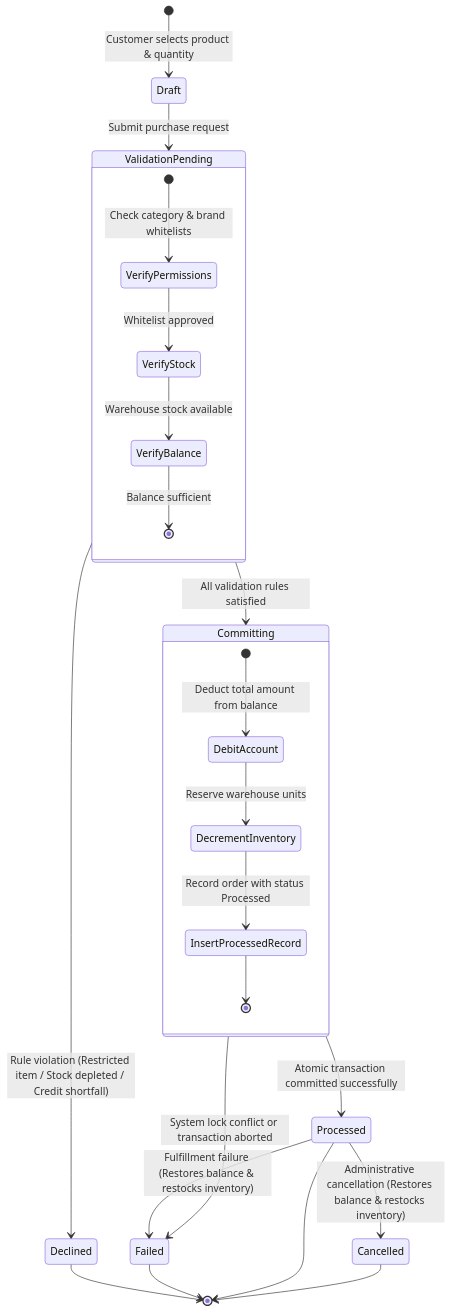
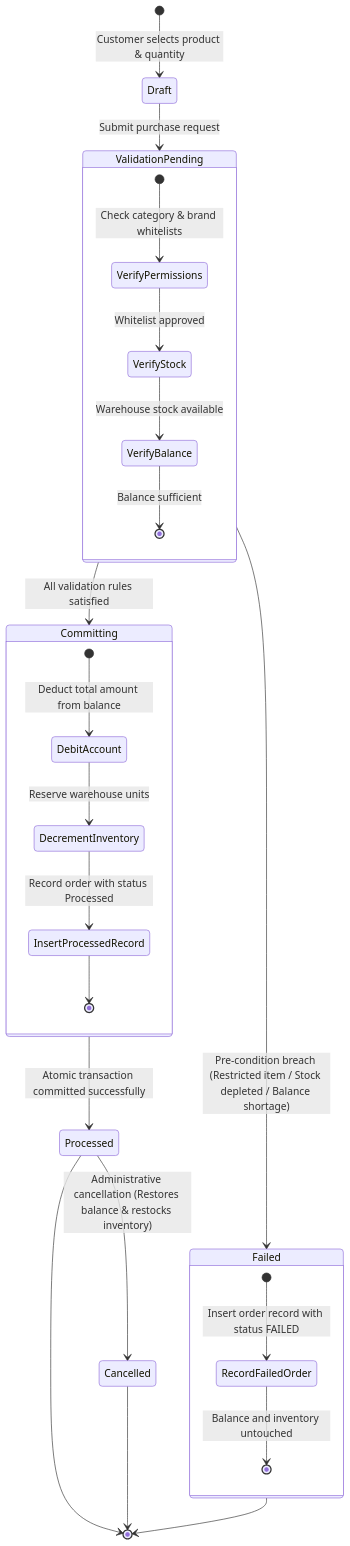
Before and after one commit to altregubov/warehouse-rest-test-app: the fourth of 4 diagrams in specs/CLIENT_SPEC.md, drawn with Mermaid. The commit also changed other lines of this file and 9 other files, not shown here.

First line of the commit message:
refactor: persist FAILED orders on pre-condition failure and restrict admin status to CANCELLED

````diff
--- a/specs/CLIENT_SPEC.md
+++ b/specs/CLIENT_SPEC.md
@@ -215,35 +215,37 @@
 ```mermaid
 stateDiagram-v2
     [*] --> Draft : Customer selects product & quantity
     
     Draft --> ValidationPending : Submit purchase request
 
     state ValidationPending {
         [*] --> VerifyPermissions : Check category & brand whitelists
         VerifyPermissions --> VerifyStock : Whitelist approved
         VerifyStock --> VerifyBalance : Warehouse stock available
         VerifyBalance --> [*] : Balance sufficient
     }
 
-    ValidationPending --> Declined : Rule violation (Restricted item / Stock depleted / Credit shortfall)
+    ValidationPending --> Failed : Pre-condition breach (Restricted item / Stock depleted / Balance shortage)
     
+    state Failed {
+        [*] --> RecordFailedOrder : Insert order record with status FAILED
+        RecordFailedOrder --> [*] : Balance and inventory untouched
+    }
+
     ValidationPending --> Committing : All validation rules satisfied
     
     state Committing {
         [*] --> DebitAccount : Deduct total amount from balance
         DebitAccount --> DecrementInventory : Reserve warehouse units
         DecrementInventory --> InsertProcessedRecord : Record order with status Processed
         InsertProcessedRecord --> [*]
     }
 
     Committing --> Processed : Atomic transaction committed successfully
-    Committing --> Failed : System lock conflict or transaction aborted
 
     Processed --> Cancelled : Administrative cancellation (Restores balance & restocks inventory)
-    Processed --> Failed : Fulfillment failure (Restores balance & restocks inventory)
 
-    Declined --> [*]
     Failed --> [*]
     Processed --> [*]
     Cancelled --> [*]
 ```
````
